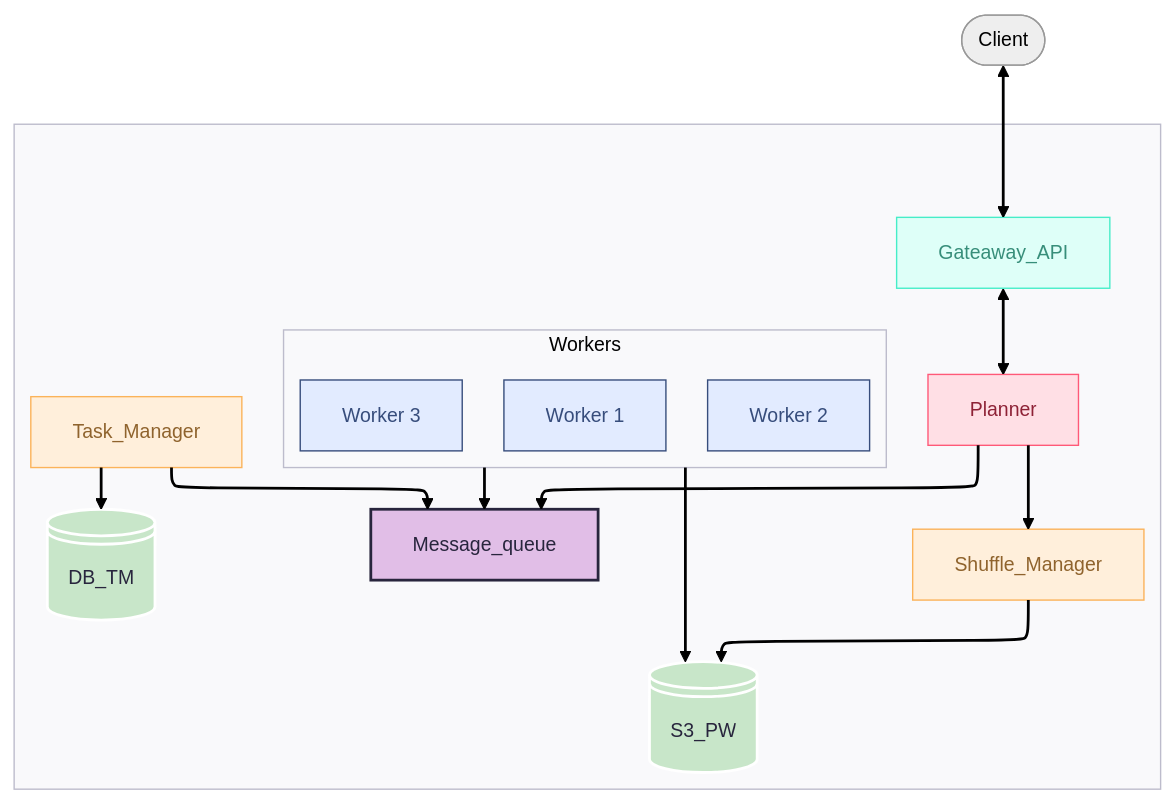
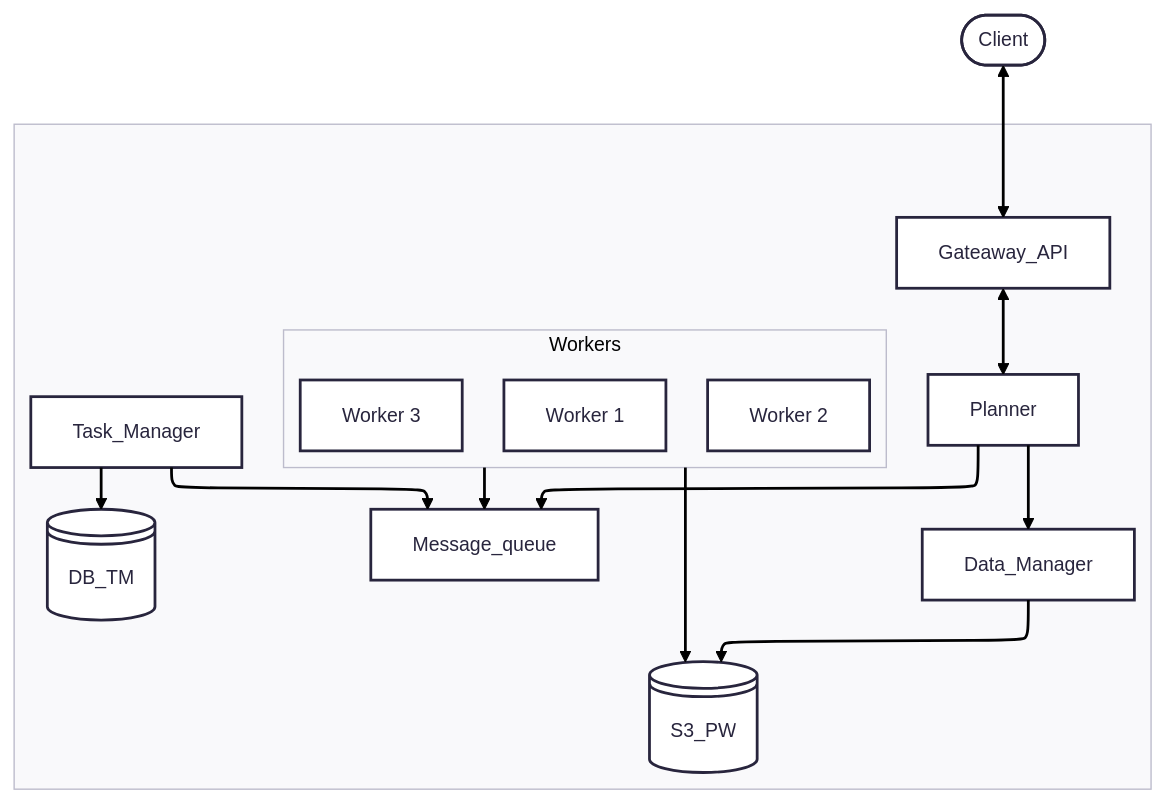
One commit to spbu-ds-practicum-2025/vss changed the diagram in docs/tr.md. Above: the diagram before and after it, drawn with Mermaid. The commit also changed other lines of this file, not shown here.

Commit message:
edited according to the comments

````diff
--- a/docs/tr.md
+++ b/docs/tr.md
@@ -91,53 +91,34 @@
 ```mermaid
 ---
 config:
   theme: redux
   flowchart: {}
   layout: elk
 ---
 flowchart TD
  subgraph Workers["Workers"]
         n2["Worker 1"]
         n3["Worker 2"]
         n4["Worker 3"]
   end
  subgraph app[" "]
         Workers
         n5["Task_Manager"]
         n6["DB_TM"]
-        n9["Shuffle_Manager"]
+        n9["Data_Manager"]
         n1["Message_queue"]
         C["Planner"]
         B["Gateaway_API"]
         n7["S3_PW"]
   end
     A(["Client"]) <--> B
     B <--> C
     C --> n9 & n1
     n9 --> n7
     Workers --> n1 & n7
     n5 --> n1 & n6
     n6@{ shape: disk}
     n1@{ shape: rect}
     B@{ shape: rect}
     n7@{ shape: disk}
-     n2:::Sky
-     n3:::Sky
-     n4:::Sky
-     n5:::Peach
-     n6:::Class_02
-     n9:::Peach
-     n1:::Class_01
-     C:::Rose
-     B:::Aqua
-     n7:::Class_02
-     A:::Ash
-    classDef Sky stroke-width:1px, stroke-dasharray:none, stroke:#374D7C, fill:#E2EBFF, color:#374D7C
-    classDef Pine stroke-width:1px, stroke-dasharray:none, stroke:#254336, fill:#27654A, color:#FFFFFF
-    classDef Peach stroke-width:1px, stroke-dasharray:none, stroke:#FBB35A, fill:#FFEFDB, color:#8F632D
-    classDef Rose stroke-width:1px, stroke-dasharray:none, stroke:#FF5978, fill:#FFDFE5, color:#8E2236
-    classDef Aqua stroke-width:1px, stroke-dasharray:none, stroke:#46EDC8, fill:#DEFFF8, color:#378E7A
-    classDef Ash stroke-width:1px, stroke-dasharray:none, stroke:#999999, fill:#EEEEEE, color:#000000
-    classDef Class_01 fill:#E1BEE7
-    classDef Class_02 stroke-width:2px, stroke-dasharray: 0, stroke:#FFFFFF, fill:#C8E6C9
 ```
````
